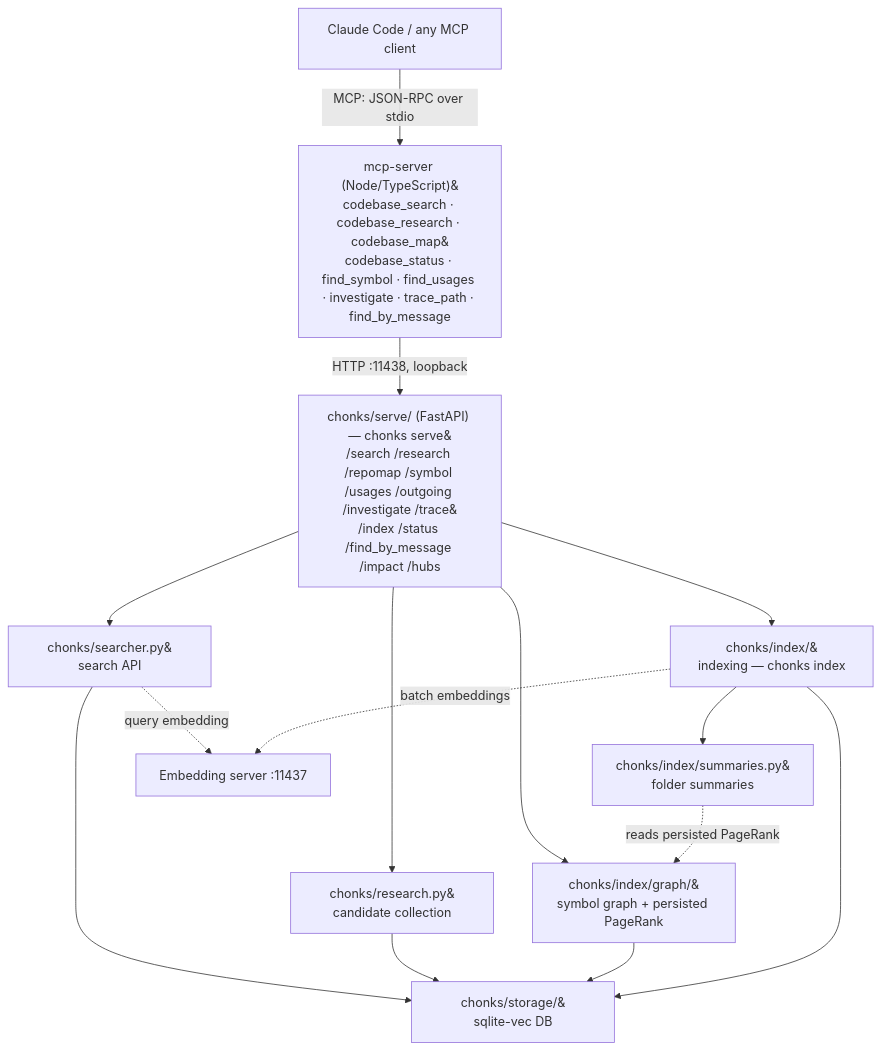
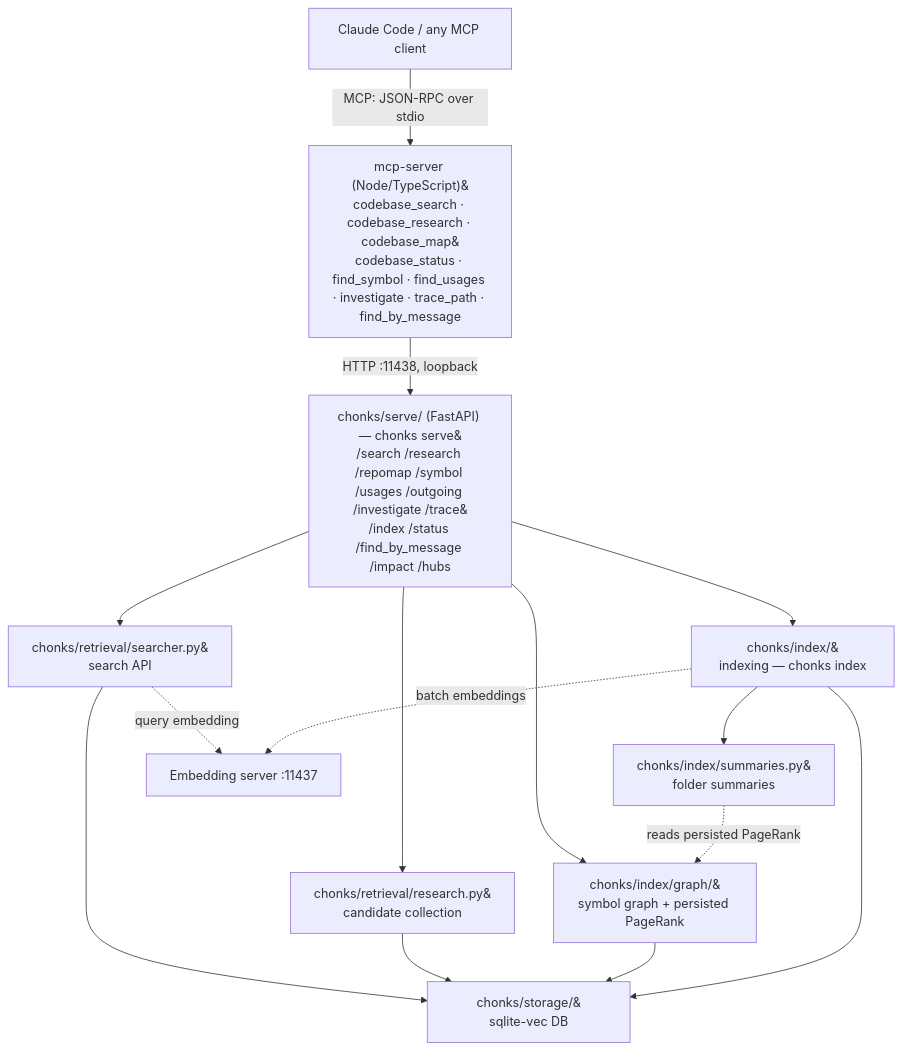
The first of 2 diagrams in DOCS.md (mgonzalez01/Chonks), drawn with Mermaid before and after one commit. The commit also changed other lines of this file and 12 other files, not shown here.

First line of the commit message:
Move research and searcher into retrieval

````diff
--- a/DOCS.md
+++ b/DOCS.md
@@ -69,17 +69,17 @@
 ```mermaid
 flowchart TD
     CC["Claude Code / any MCP client"] -->|"MCP: JSON-RPC over stdio"| PROXY["mcp-server (Node/TypeScript)&#10;codebase_search &middot; codebase_research &middot; codebase_map&#10;codebase_status &middot; find_symbol &middot; find_usages &middot; investigate &middot; trace_path &middot; find_by_message"]
     PROXY -->|"HTTP :11438, loopback"| API["chonks/serve/ (FastAPI) &mdash; chonks serve&#10;/search /research /repomap /symbol /usages /outgoing /investigate /trace&#10;/index /status /find_by_message /impact /hubs"]
-    API --> SEARCHER["chonks/searcher.py&#10;search API"]
-    API --> RESEARCH["chonks/research.py&#10;candidate collection"]
+    API --> SEARCHER["chonks/retrieval/searcher.py&#10;search API"]
+    API --> RESEARCH["chonks/retrieval/research.py&#10;candidate collection"]
     API --> REPOMAP["chonks/index/graph/&#10;symbol graph + persisted PageRank"]
     API --> CHUNKER["chonks/index/&#10;indexing &mdash; chonks index"]
     CHUNKER --> SUMM["chonks/index/summaries.py&#10;folder summaries"]
     SUMM -.->|"reads persisted PageRank"| REPOMAP
     SEARCHER --> STORE["chonks/storage/&#10;sqlite-vec DB"]
     RESEARCH --> STORE
     REPOMAP --> STORE
     CHUNKER --> STORE
     SEARCHER -.->|"query embedding"| EMB["Embedding server :11437"]
     CHUNKER -.->|"batch embeddings"| EMB
 ```
````
